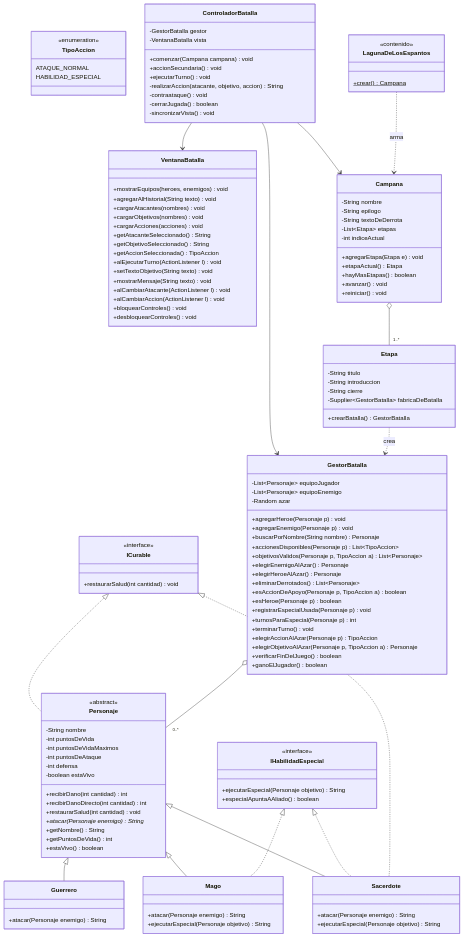
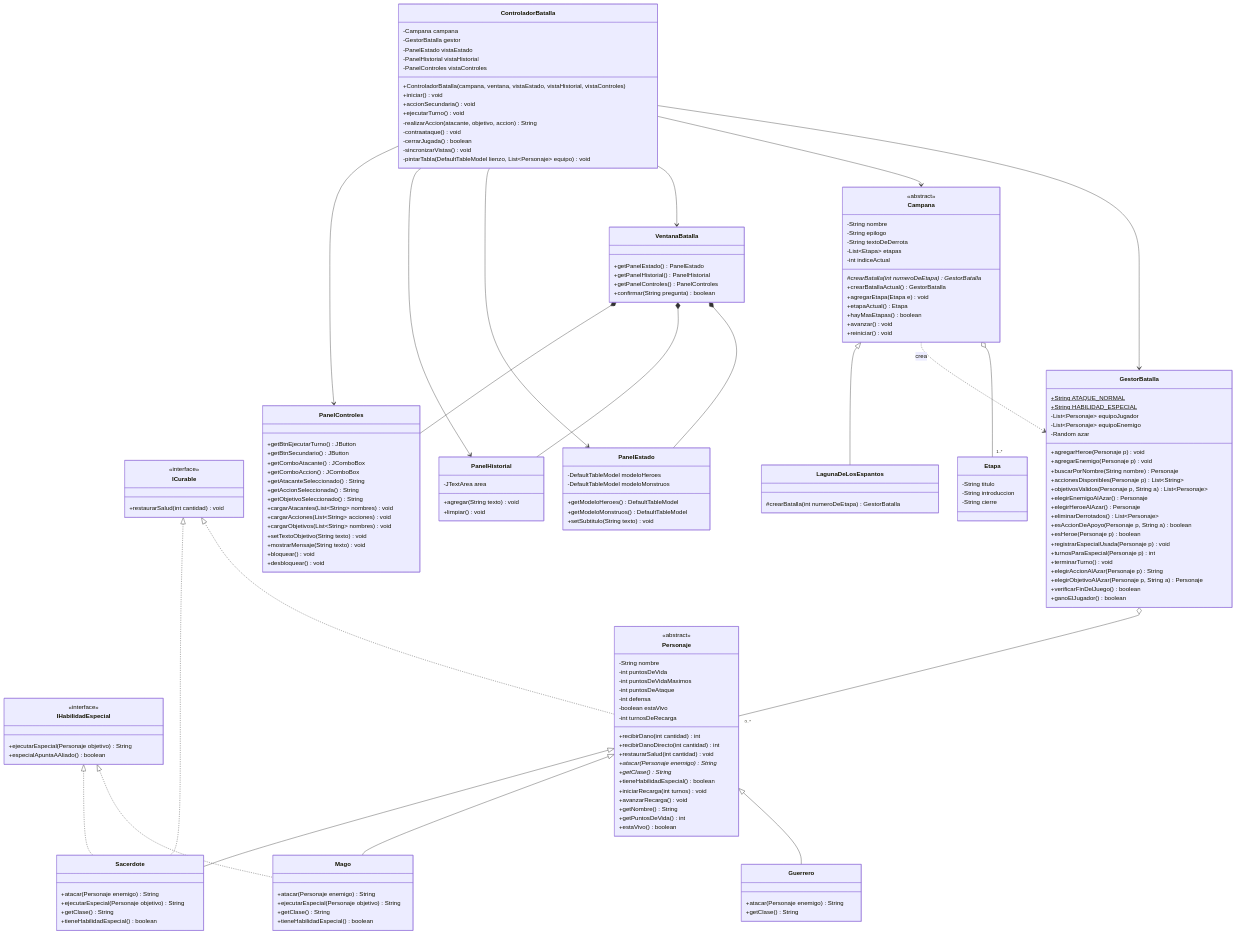
The first of 2 diagrams in docs/diseno.md (SJfigueroaV/Arena), drawn with Mermaid before and after one commit. The commit also changed other lines of this file and 3 other files, not shown here.

````diff
--- a/docs/diseno.md
+++ b/docs/diseno.md
@@ -27,10 +27,15 @@
         -int puntosDeAtaque
         -int defensa
         -boolean estaVivo
+        -int turnosDeRecarga
         +recibirDano(int cantidad) int
         +recibirDanoDirecto(int cantidad) int
         +restaurarSalud(int cantidad) void
         +atacar(Personaje enemigo)* String
+        +getClase()* String
+        +tieneHabilidadEspecial() boolean
+        +iniciarRecarga(int turnos) void
+        +avanzarRecarga() void
         +getNombre() String
         +getPuntosDeVida() int
         +estaVivo() boolean
@@ -38,79 +43,101 @@
 
     class Guerrero {
         +atacar(Personaje enemigo) String
+        +getClase() String
     }
 
     class Mago {
         +atacar(Personaje enemigo) String
         +ejecutarEspecial(Personaje objetivo) String
+        +getClase() String
+        +tieneHabilidadEspecial() boolean
     }
 
     class Sacerdote {
         +atacar(Personaje enemigo) String
         +ejecutarEspecial(Personaje objetivo) String
-    }
-
-    class TipoAccion {
-        <<enumeration>>
-        ATAQUE_NORMAL
-        HABILIDAD_ESPECIAL
+        +getClase() String
+        +tieneHabilidadEspecial() boolean
     }
 
     class GestorBatalla {
+        +String ATAQUE_NORMAL$
+        +String HABILIDAD_ESPECIAL$
         -List~Personaje~ equipoJugador
         -List~Personaje~ equipoEnemigo
         -Random azar
         +agregarHeroe(Personaje p) void
         +agregarEnemigo(Personaje p) void
         +buscarPorNombre(String nombre) Personaje
-        +accionesDisponibles(Personaje p) List~TipoAccion~
-        +objetivosValidos(Personaje p, TipoAccion a) List~Personaje~
+        +accionesDisponibles(Personaje p) List~String~
+        +objetivosValidos(Personaje p, String a) List~Personaje~
         +elegirEnemigoAlAzar() Personaje
         +elegirHeroeAlAzar() Personaje
         +eliminarDerrotados() List~Personaje~
-        +esAccionDeApoyo(Personaje p, TipoAccion a) boolean
+        +esAccionDeApoyo(Personaje p, String a) boolean
         +esHeroe(Personaje p) boolean
         +registrarEspecialUsada(Personaje p) void
         +turnosParaEspecial(Personaje p) int
         +terminarTurno() void
-        +elegirAccionAlAzar(Personaje p) TipoAccion
-        +elegirObjetivoAlAzar(Personaje p, TipoAccion a) Personaje
+        +elegirAccionAlAzar(Personaje p) String
+        +elegirObjetivoAlAzar(Personaje p, String a) Personaje
         +verificarFinDelJuego() boolean
         +ganoElJugador() boolean
     }
 
     class VentanaBatalla {
-        +mostrarEquipos(heroes, enemigos) void
-        +agregarAlHistorial(String texto) void
-        +cargarAtacantes(nombres) void
-        +cargarObjetivos(nombres) void
-        +cargarAcciones(acciones) void
+        +getPanelEstado() PanelEstado
+        +getPanelHistorial() PanelHistorial
+        +getPanelControles() PanelControles
+        +confirmar(String pregunta) boolean
+    }
+
+    class PanelEstado {
+        -DefaultTableModel modeloHeroes
+        -DefaultTableModel modeloMonstruos
+        +getModeloHeroes() DefaultTableModel
+        +getModeloMonstruos() DefaultTableModel
+        +setSubtitulo(String texto) void
+    }
+
+    class PanelHistorial {
+        -JTextArea area
+        +agregar(String texto) void
+        +limpiar() void
+    }
+
+    class PanelControles {
+        +getBtnEjecutarTurno() JButton
+        +getBtnSecundario() JButton
+        +getComboAtacante() JComboBox
+        +getComboAccion() JComboBox
         +getAtacanteSeleccionado() String
+        +getAccionSeleccionada() String
         +getObjetivoSeleccionado() String
-        +getAccionSeleccionada() TipoAccion
-        +alEjecutarTurno(ActionListener l) void
+        +cargarAtacantes(List~String~ nombres) void
+        +cargarAcciones(List~String~ acciones) void
+        +cargarObjetivos(List~String~ nombres) void
         +setTextoObjetivo(String texto) void
         +mostrarMensaje(String texto) void
-        +alCambiarAtacante(ActionListener l) void
-        +alCambiarAccion(ActionListener l) void
-        +bloquearControles() void
-        +desbloquearControles() void
+        +bloquear() void
+        +desbloquear() void
     }
 
     class Etapa {
         -String titulo
         -String introduccion
         -String cierre
-        -Supplier~GestorBatalla~ fabricaDeBatalla
-        +crearBatalla() GestorBatalla
     }
 
     class Campana {
+        <<abstract>>
         -String nombre
         -String epilogo
         -String textoDeDerrota
         -List~Etapa~ etapas
         -int indiceActual
+        #crearBatalla(int numeroDeEtapa)* GestorBatalla
+        +crearBatallaActual() GestorBatalla
         +agregarEtapa(Etapa e) void
         +etapaActual() Etapa
         +hayMasEtapas() boolean
@@ -119,20 +146,24 @@
     }
 
     class LagunaDeLosEspantos {
-        <<contenido>>
-        +crear()$ Campana
+        #crearBatalla(int numeroDeEtapa) GestorBatalla
     }
 
     class ControladorBatalla {
+        -Campana campana
         -GestorBatalla gestor
-        -VentanaBatalla vista
-        +comenzar(Campana campana) void
+        -PanelEstado vistaEstado
+        -PanelHistorial vistaHistorial
+        -PanelControles vistaControles
+        +ControladorBatalla(campana, ventana, vistaEstado, vistaHistorial, vistaControles)
+        +iniciar() void
         +accionSecundaria() void
         +ejecutarTurno() void
         -realizarAccion(atacante, objetivo, accion) String
         -contraataque() void
         -cerrarJugada() boolean
-        -sincronizarVista() void
+        -sincronizarVistas() void
+        -pintarTabla(DefaultTableModel lienzo, List~Personaje~ equipo) void
     }
 
     Personaje <|-- Guerrero
@@ -146,7 +177,13 @@
     ControladorBatalla --> GestorBatalla
     ControladorBatalla --> Campana
     Campana o-- "1..*" Etapa
-    Etapa ..> GestorBatalla : crea
-    LagunaDeLosEspantos ..> Campana : arma
+    Campana ..> GestorBatalla : crea
+    Campana <|-- LagunaDeLosEspantos
     ControladorBatalla --> VentanaBatalla
+    ControladorBatalla --> PanelEstado
+    ControladorBatalla --> PanelHistorial
+    ControladorBatalla --> PanelControles
+    VentanaBatalla *-- PanelEstado
+    VentanaBatalla *-- PanelHistorial
+    VentanaBatalla *-- PanelControles
 ```
````
